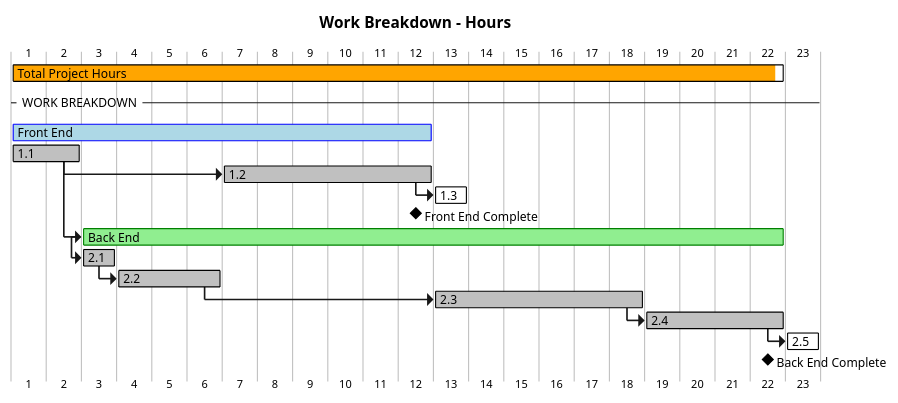
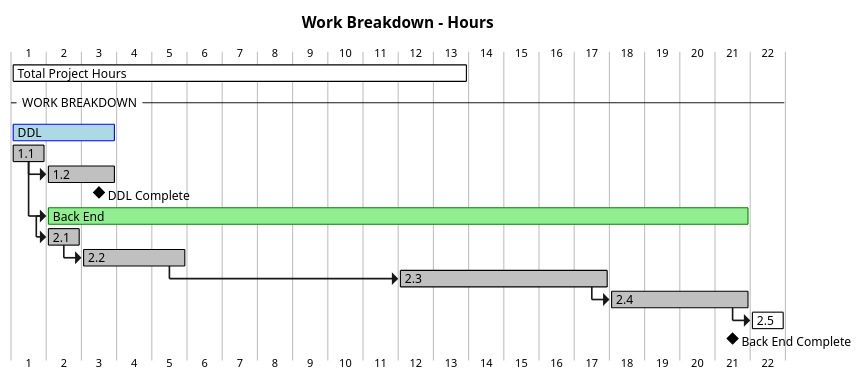
Before and after one commit to Miro-Stojanovic97/mirostoj-exercises-assessments: the third of 3 diagrams in week-06/TinyTheaters/src/README.md, drawn with PlantUML. The commit also changed other lines of this file, not shown here.

````diff
--- a/week-06/TinyTheaters/src/README.md
+++ b/week-06/TinyTheaters/src/README.md
@@ -135,47 +56,44 @@
 ```plantuml
 @startgantt
 printscale daily zoom 2
 title Work Breakdown - Hours
 
 /' Days in Gantt format below = Hours in project IRL '/
 
-[Total Project Hours] lasts 22 days
+[Total Project Hours] lasts 13 days
 [Total Project Hours] is colored in orange/black
-[Total Project Hours] is 99% complete
+[Total Project Hours] is 0% complete
 --WORK BREAKDOWN --
-[Front End] lasts 12 days
-[Front End] is colored in lightblue/blue
-[Front End] is 100% complete
-    [1.1] lasts 2 days
+[DDL] lasts 3 days
+[DDL] is colored in lightblue/blue
+[DDL] is 100% complete
+    [1.1] lasts 1 days
         [1.1] is colored in silver/black
         [1.1] is 100% completed
-    [1.2] starts 4 days after [1.1]'s end and lasts 6 days
+    [1.2] starts after [1.1]'s end and lasts 2 days
         [1.2] is colored in silver/black
         [1.2] is 100% completed
-    [1.3] starts at [1.2]'s end and lasts 1 days
-        [1.3] is colored in silver/black
-        [1.3] is 0% completed
-[Front End Complete] happens at [1.2]'s end
+[DDL Complete] happens at [1.2]'s end
 
 [Back End] starts at [1.1]'s end and lasts 20 days
 [Back End] is colored in lightgreen/green
 [Back End] is 100% completed
     [2.1] starts at [Back End]'s start and lasts 1 days
         [2.1] is colored in silver/black
         [2.1] is 100% complete
     [2.2] starts at [2.1]'s end and lasts 3 days
         [2.2] is colored in silver/black
         [2.2] is 100% complete
     [2.3] starts 6 days after [2.2]'s end and lasts 6 days
         [2.3] is colored in silver/black
         [2.3] is 100% complete
     [2.4] starts at [2.3]'s end and lasts 4 days
         [2.4] is colored in silver/black
         [2.4] is 100% complete
     [2.5] starts at [2.4]'s end and lasts 1 days
         [2.5] is colored in silver/black
         [2.5] is 0% complete
 [Back End Complete] happens at [2.4]'s end
 
 @endgantt
 ```
````
